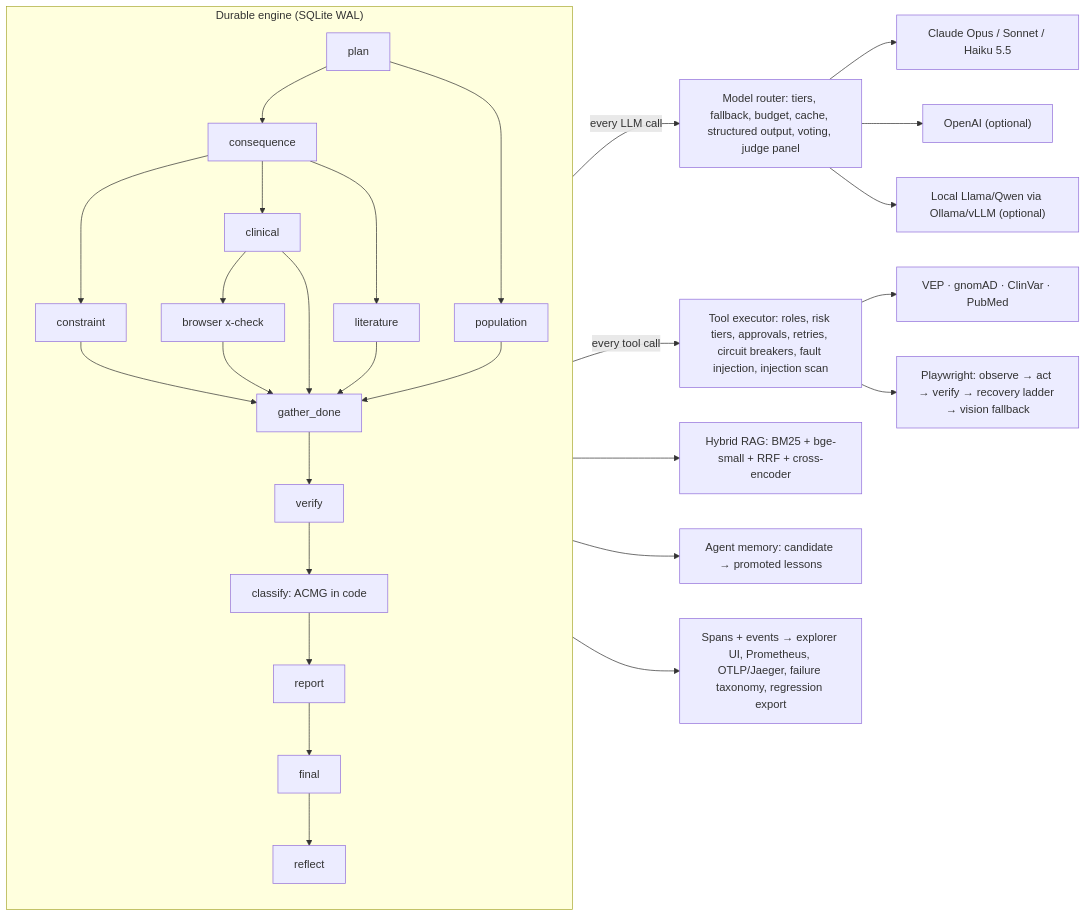
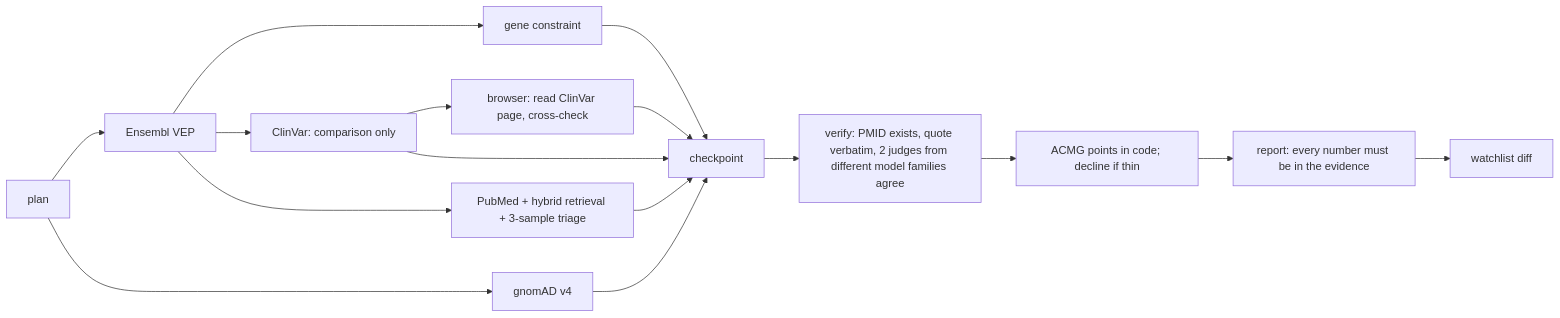
One commit to umeshlinga/aegis-agent changed the diagram in README.md. Above: the diagram before and after it, drawn with Mermaid. The commit also changed other lines of this file and 30 other files, not shown here.

First line of the commit message:
Product features: VCF batch curation, evidence reports, reclassification watchlist, LLM-vs-Aegis comparison, web app

````diff
--- a/README.md
+++ b/README.md
@@ -22,15 +38,8 @@
 ```mermaid
 flowchart LR
-  subgraph Engine["Durable engine (SQLite WAL)"]
-    P[plan] --> C[consequence] & POP[population]
-    C --> K[constraint] & CL[clinical] & L[literature]
-    CL --> BX[browser x-check]
-    K & CL & L & BX & POP --> G[gather_done] --> V[verify] --> CLS[classify: ACMG in code] --> R[report] --> F[final] --> RF[reflect]
-  end
-  Engine -->|every LLM call| Router["Model router: tiers, fallback, budget, cache, structured output, voting, judge panel"]
-  Router --> Claude["Claude Opus / Sonnet / Haiku 5.5"] & OAI["OpenAI (optional)"] & Local["Local Llama/Qwen via Ollama/vLLM (optional)"]
-  Engine -->|every tool call| Tools["Tool executor: roles, risk tiers, approvals, retries, circuit breakers, fault injection, injection scan"]
-  Tools --> APIs["VEP · gnomAD · ClinVar · PubMed"] & Browser["Playwright: observe → act → verify → recovery ladder → vision fallback"]
-  Engine --> RAG["Hybrid RAG: BM25 + bge-small + RRF + cross-encoder"] & Mem["Agent memory: candidate → promoted lessons"]
-  Engine --> Trace["Spans + events → explorer UI, Prometheus, OTLP/Jaeger, failure taxonomy, regression export"]
+  P[plan] --> C[Ensembl VEP] & POP[gnomAD v4]
+  C --> K[gene constraint] & CL[ClinVar: comparison only] & L[PubMed + hybrid retrieval + 3-sample triage]
+  CL --> BX[browser: read ClinVar page, cross-check]
+  K & CL & L & BX & POP --> G[checkpoint] --> V[verify: PMID exists, quote verbatim, 2 judges from different model families agree]
+  V --> CLS[ACMG points in code; decline if thin] --> R[report: every number must be in the evidence] --> W[watchlist diff]
 ```
````
